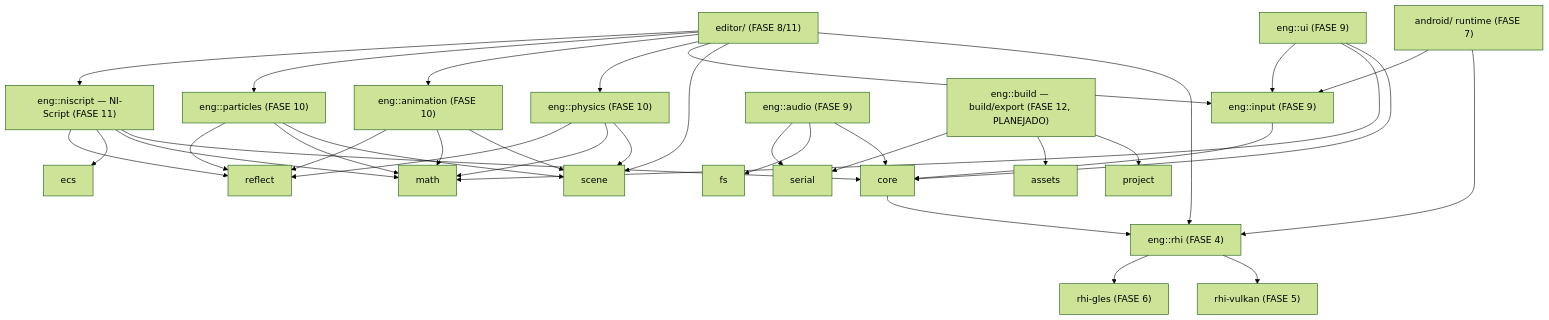
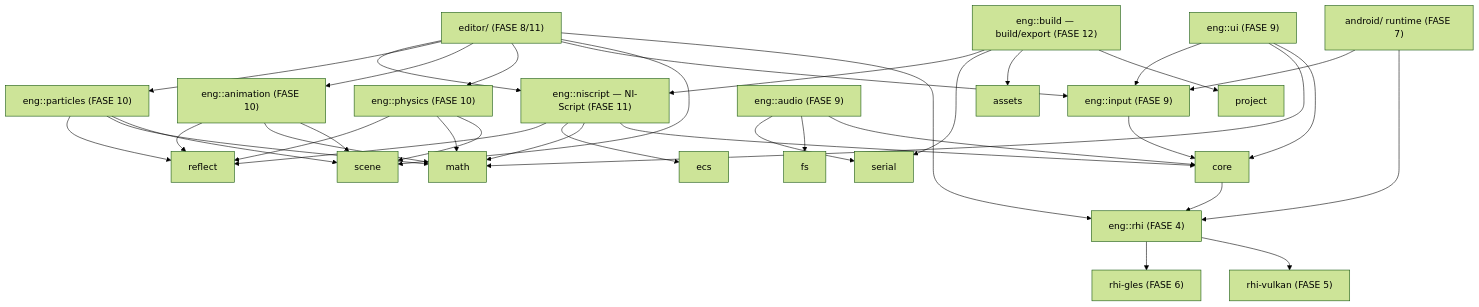
The second of 2 diagrams in docs/architecture/00-overview.md (criandojogodenovo-sketch/g.oni), drawn with Mermaid (forest theme) before and after one commit. The commit also changed 8 other files, not shown here.

````diff
--- a/docs/architecture/00-overview.md
+++ b/docs/architecture/00-overview.md
@@ -109,16 +109,16 @@
 ```mermaid
 graph TD
     core --> rhi["eng::rhi (FASE 4)"]
     rhi --> rhi_vulkan["rhi-vulkan (FASE 5)"]
     rhi --> rhi_gl["rhi-gles (FASE 6)"]
     android["android/ runtime (FASE 7)"] --> rhi & input
     editor["editor/ (FASE 8/11)"] --> rhi & scene & input & physics & animation & particles & niscript
     input["eng::input (FASE 9)"] --> core
     ui["eng::ui (FASE 9)"] --> core & math & input
     audio["eng::audio (FASE 9)"] --> core & fs & serial
     physics["eng::physics (FASE 10)"] --> scene & math & reflect
     animation["eng::animation (FASE 10)"] --> scene & math & reflect
     particles["eng::particles (FASE 10)"] --> scene & math & reflect
     niscript["eng::niscript — NI-Script (FASE 11)"] --> core & math & ecs & reflect
-    build["eng::build — build/export (FASE 12, PLANEJADO)"] --> project & assets & serial
+    build["eng::build — build/export (FASE 12)"] --> project & assets & serial & niscript
 ```
````
